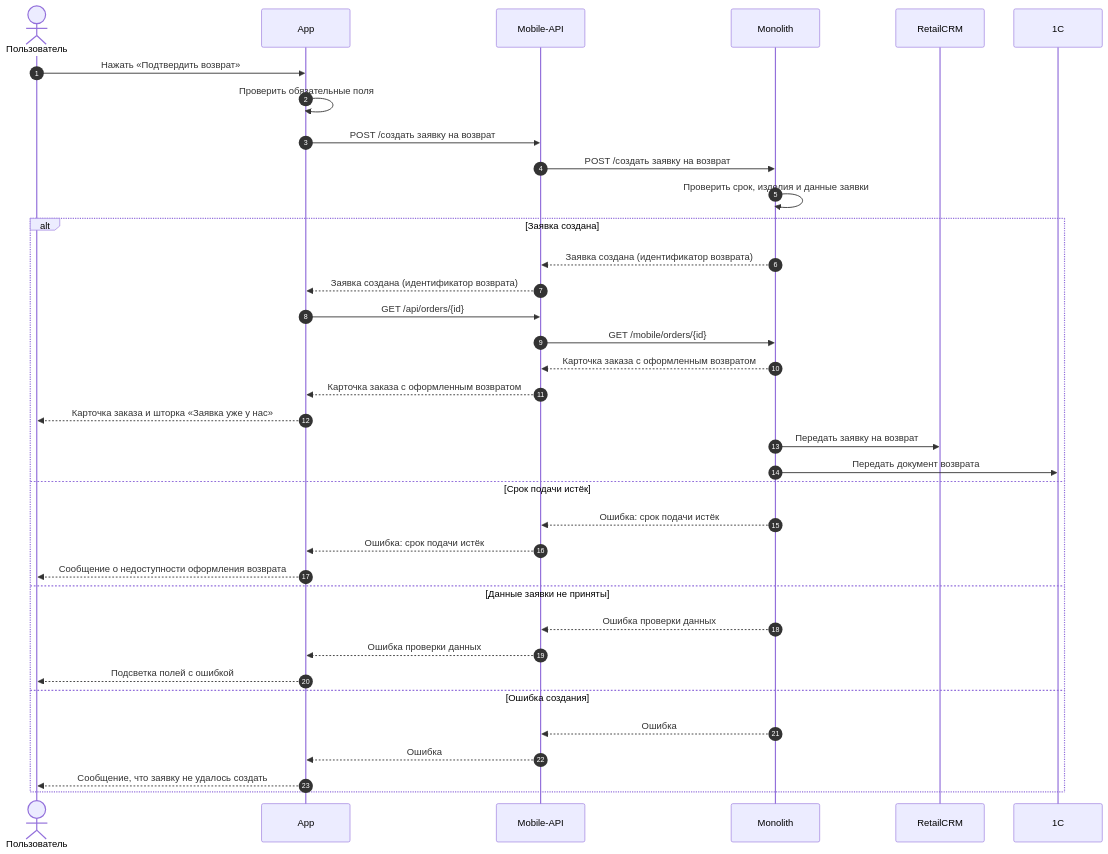
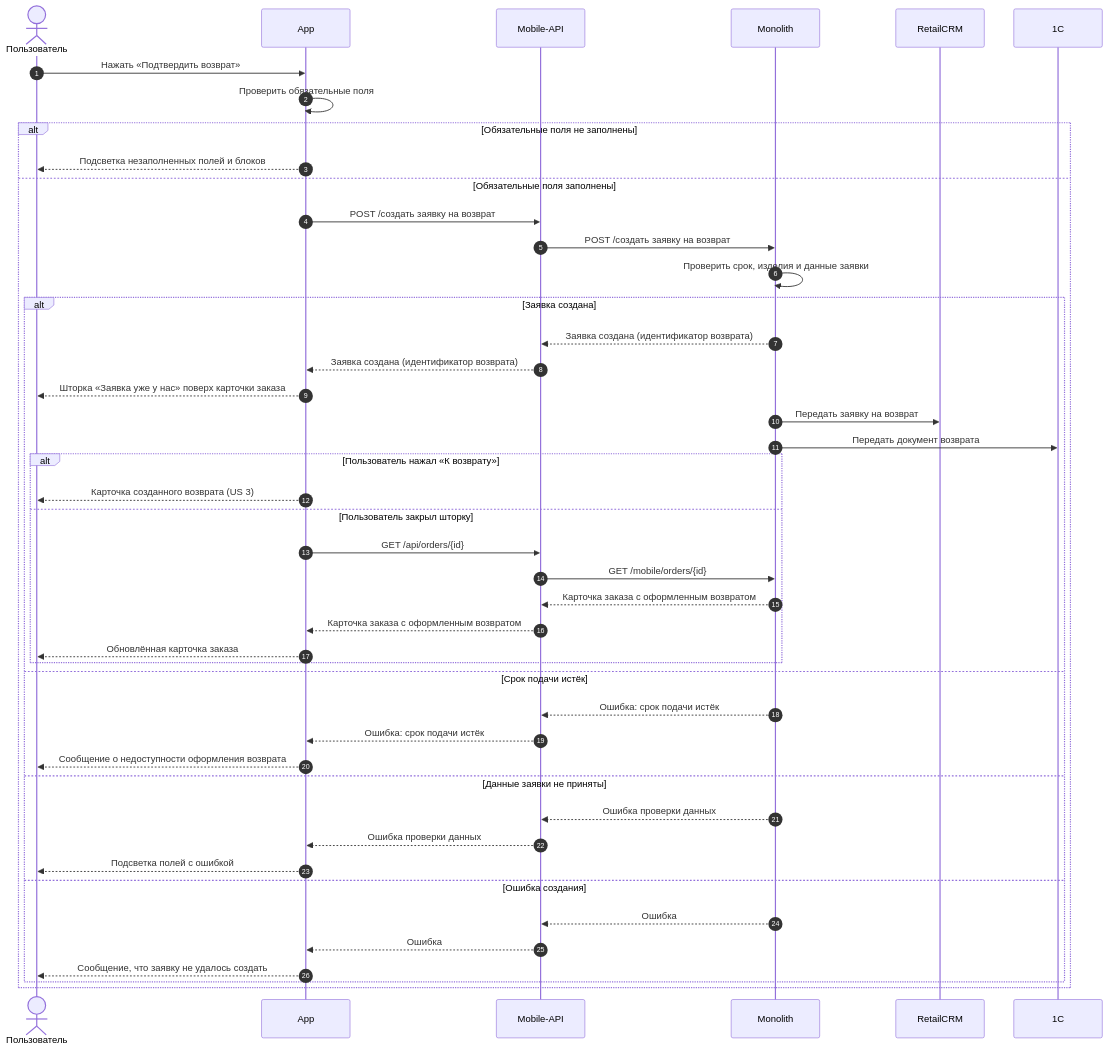
Diagram 15 of 20 in projects/returns-2.0/requirements/srs/srs-mobile-mvp_wiki.md (Terinss155/opencode-agents-analysis), drawn with Mermaid before and after one commit. The commit also changed other lines of this file and 40 other files, not shown here.

````diff
--- a/projects/returns-2.0/requirements/srs/srs-mobile-mvp_wiki.md
+++ b/projects/returns-2.0/requirements/srs/srs-mobile-mvp_wiki.md
@@ -948,39 +1008,48 @@
 ```mermaid
 sequenceDiagram
     autonumber
     actor U as Пользователь
     participant APP as App
     participant API as Mobile-API
     participant MON as Monolith
     participant RCRM as RetailCRM
     participant ONEC as 1C
 
     U->>APP: Нажать «Подтвердить возврат»
     APP->>APP: Проверить обязательные поля
-    APP->>API: POST /создать заявку на возврат
-    API->>MON: POST /создать заявку на возврат
-    MON->>MON: Проверить срок, изделия и данные заявки
-    alt Заявка создана
-        MON-->>API: Заявка создана (идентификатор возврата)
-        API-->>APP: Заявка создана (идентификатор возврата)
-        APP->>API: GET /api/orders/{id}
-        API->>MON: GET /mobile/orders/{id}
-        MON-->>API: Карточка заказа с оформленным возвратом
-        API-->>APP: Карточка заказа с оформленным возвратом
-        APP-->>U: Карточка заказа и шторка «Заявка уже у нас»
-        MON->>RCRM: Передать заявку на возврат
-        MON->>ONEC: Передать документ возврата
-    else Срок подачи истёк
-        MON-->>API: Ошибка: срок подачи истёк
-        API-->>APP: Ошибка: срок подачи истёк
-        APP-->>U: Сообщение о недоступности оформления возврата
-    else Данные заявки не приняты
-        MON-->>API: Ошибка проверки данных
-        API-->>APP: Ошибка проверки данных
-        APP-->>U: Подсветка полей с ошибкой
-    else Ошибка создания
-        MON-->>API: Ошибка
-        API-->>APP: Ошибка
-        APP-->>U: Сообщение, что заявку не удалось создать
+    alt Обязательные поля не заполнены
+        APP-->>U: Подсветка незаполненных полей и блоков
+    else Обязательные поля заполнены
+        APP->>API: POST /создать заявку на возврат
+        API->>MON: POST /создать заявку на возврат
+        MON->>MON: Проверить срок, изделия и данные заявки
+        alt Заявка создана
+            MON-->>API: Заявка создана (идентификатор возврата)
+            API-->>APP: Заявка создана (идентификатор возврата)
+            APP-->>U: Шторка «Заявка уже у нас» поверх карточки заказа
+            MON->>RCRM: Передать заявку на возврат
+            MON->>ONEC: Передать документ возврата
+            alt Пользователь нажал «К возврату»
+                APP-->>U: Карточка созданного возврата (US 3)
+            else Пользователь закрыл шторку
+                APP->>API: GET /api/orders/{id}
+                API->>MON: GET /mobile/orders/{id}
+                MON-->>API: Карточка заказа с оформленным возвратом
+                API-->>APP: Карточка заказа с оформленным возвратом
+                APP-->>U: Обновлённая карточка заказа
+            end
+        else Срок подачи истёк
+            MON-->>API: Ошибка: срок подачи истёк
+            API-->>APP: Ошибка: срок подачи истёк
+            APP-->>U: Сообщение о недоступности оформления возврата
+        else Данные заявки не приняты
+            MON-->>API: Ошибка проверки данных
+            API-->>APP: Ошибка проверки данных
+            APP-->>U: Подсветка полей с ошибкой
+        else Ошибка создания
+            MON-->>API: Ошибка
+            API-->>APP: Ошибка
+            APP-->>U: Сообщение, что заявку не удалось создать
+        end
     end
 ```
````
